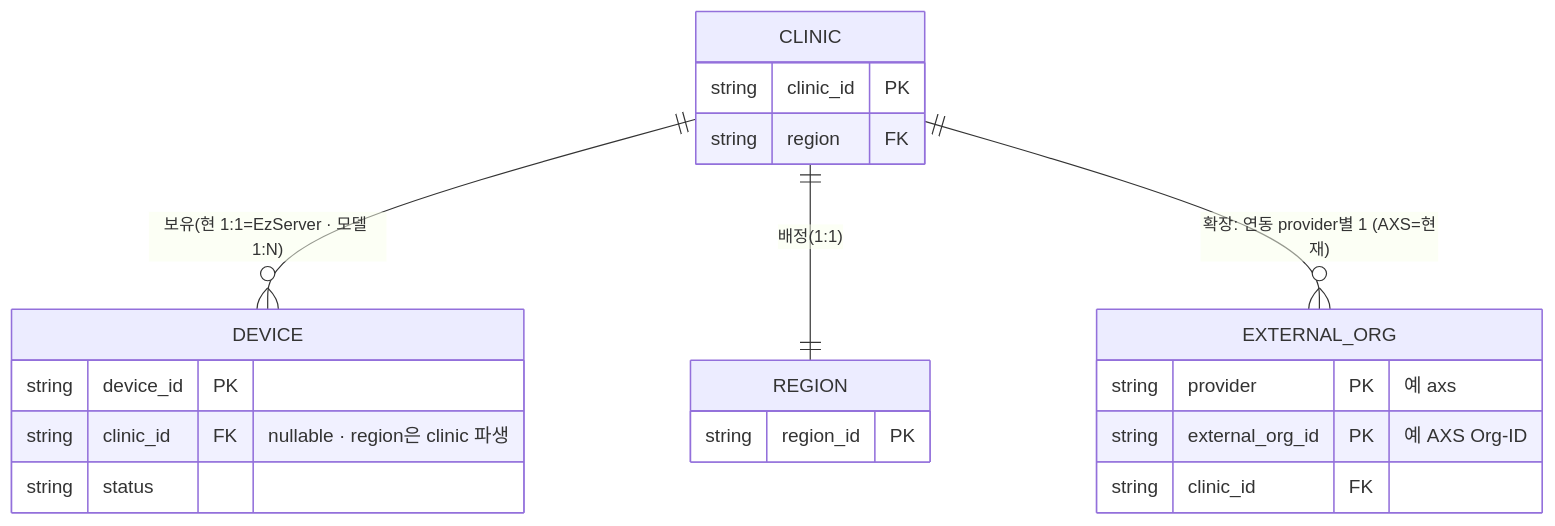
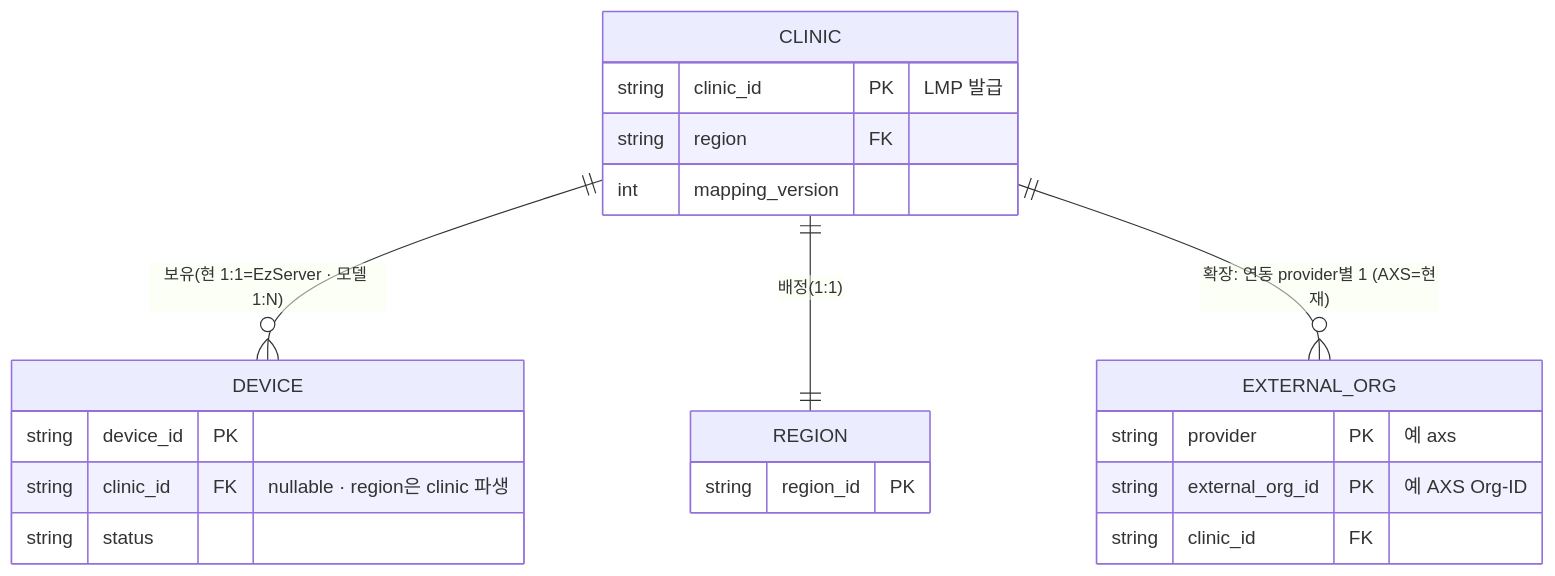
One commit to gracegyu/scp-architecture changed diagram 15 of 17 in docs/VT_API_Gateway/08.VT_API_Gateway/specs/03-srs-gateway/SRS.md. Above: the diagram before and after it, drawn with Mermaid. The commit also changed other lines of this file and 1 other file, not shown here.

Commit message:
문서 업데이트: VT API Gateway의 SRS 문서에서 GeoDNS 라우팅 정책을 v1.0부터 적용하고, 단일 리전 및 멀티 리전 구성에 대한 명확한 설명을 추가하였습니다. 또한, 클리닉 등록 프로세스와 관련된 데이터 모델을 개선하고, `clinic` 엔터티의 구조를 명확히 하여 시스템의 일관성을 강화하였습니다. 이로써 멀티리전 준비 상태를 명확히 하고, DNS 호스트 구성에 대한 세부 사항을 보강하였습니다.

````diff
--- a/docs/VT_API_Gateway/08.VT_API_Gateway/specs/03-srs-gateway/SRS.md
+++ b/docs/VT_API_Gateway/08.VT_API_Gateway/specs/03-srs-gateway/SRS.md
@@ -1185,23 +1185,24 @@
 ```mermaid
 erDiagram
     CLINIC ||--o{ DEVICE : "보유(현 1:1=EzServer · 모델 1:N)"
     CLINIC ||--|| REGION : "배정(1:1)"
     CLINIC ||--o{ EXTERNAL_ORG : "확장: 연동 provider별 1 (AXS=현재)"
     CLINIC {
-        string clinic_id PK
+        string clinic_id PK "LMP 발급"
         string region FK
+        int mapping_version
     }
     DEVICE {
         string device_id PK
         string clinic_id FK "nullable · region은 clinic 파생"
         string status
     }
     EXTERNAL_ORG {
         string provider PK "예 axs"
         string external_org_id PK "예 AXS Org-ID"
         string clinic_id FK
     }
     REGION {
         string region_id PK
     }
 ```
````
